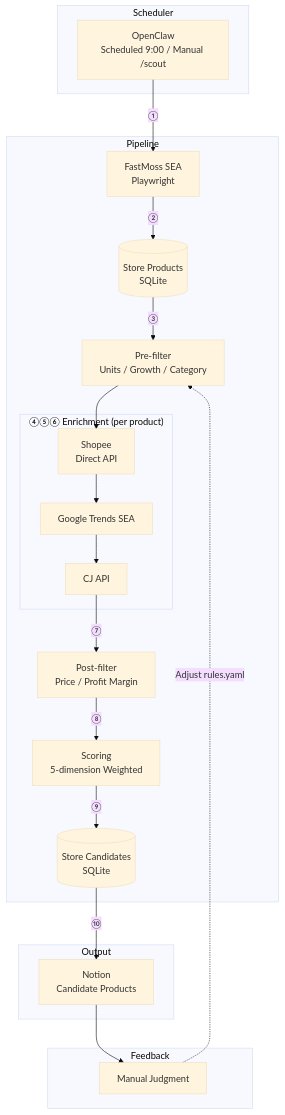
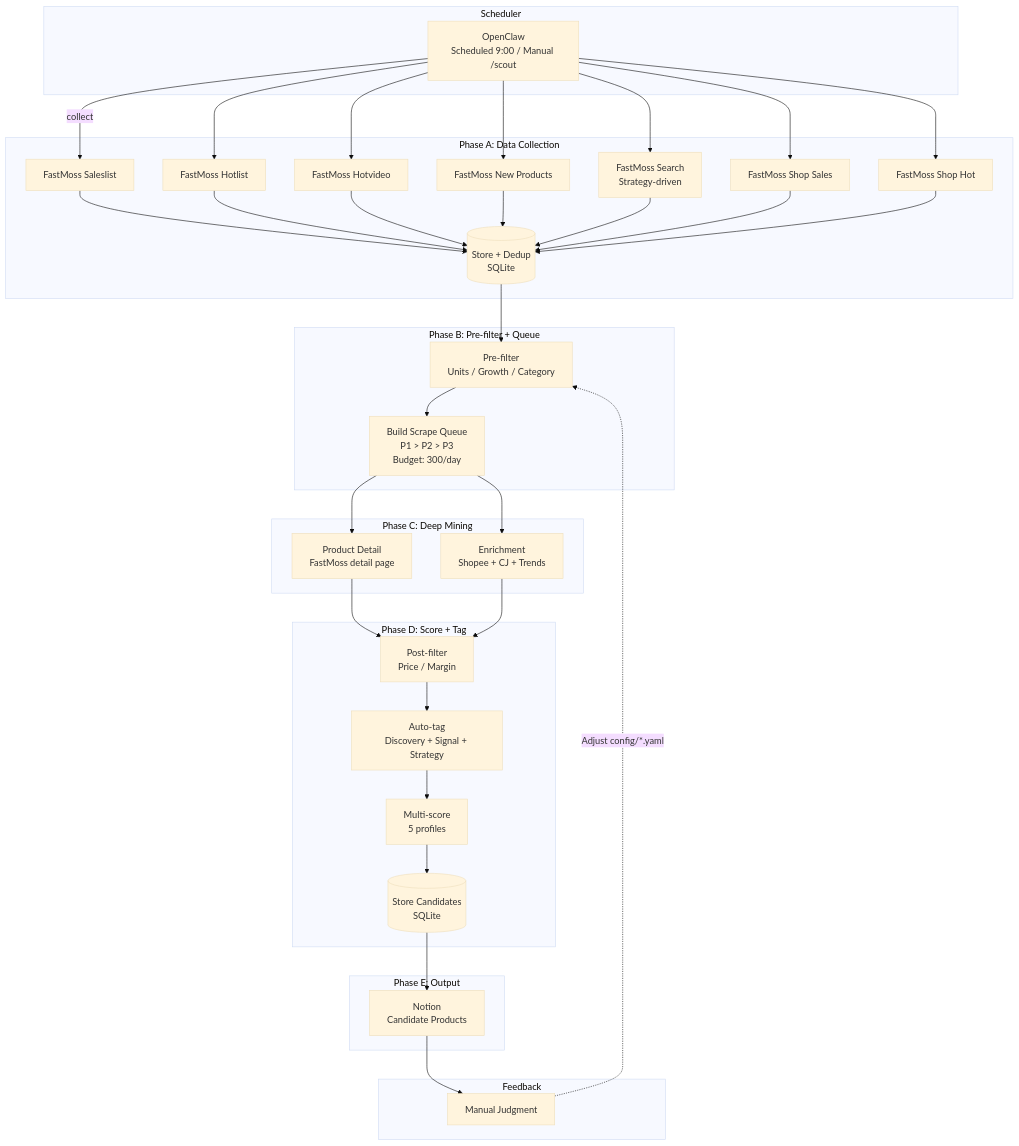
One commit to maoku-family/product-scout changed the diagram in docs/design.md. Above: the diagram before and after it, drawn with Mermaid (base theme). The commit also changed other lines of this file and 7 other files, not shown here.

First line of the commit message:
fix: resolve test failures and update docs for deep-mining branch

````diff
--- a/docs/design.md
+++ b/docs/design.md
@@ -13,33 +13,43 @@
 ```mermaid
 flowchart TB
     subgraph Scheduler
         A[OpenClaw<br/>Scheduled 9:00 / Manual /scout]
     end
 
-    subgraph Pipeline
-        A -->|"①"| B1[FastMoss SEA<br/>Playwright]
-        B1 -->|"②"| C1[(Store Products<br/>SQLite)]
-        C1 -->|"③"| D1[Pre-filter<br/>Units / Growth / Category]
-
-        subgraph Enrichment["④⑤⑥ Enrichment (per product)"]
-            E1[Shopee<br/>Direct API]
-            E2[Google Trends SEA]
-            E3[CJ API]
-            E1 --> E2 --> E3
-        end
-
-        D1 --> E1
-        E3 -->|"⑦"| D2[Post-filter<br/>Price / Profit Margin]
-        D2 -->|"⑧"| S[Scoring<br/>5-dimension Weighted]
-        S -->|"⑨"| C2[(Store Candidates<br/>SQLite)]
+    subgraph "Phase A: Data Collection"
+        A -->|collect| S1[FastMoss Saleslist]
+        A --> S2[FastMoss Hotlist]
+        A --> S3[FastMoss Hotvideo]
+        A --> S4[FastMoss New Products]
+        A --> S5[FastMoss Search<br/>Strategy-driven]
+        A --> S6[FastMoss Shop Sales]
+        A --> S7[FastMoss Shop Hot]
+        S1 & S2 & S3 & S4 & S5 & S6 & S7 --> DEDUP[(Store + Dedup<br/>SQLite)]
     end
 
-    subgraph Output
-        C2 -->|"⑩"| F1[Notion<br/>Candidate Products]
+    subgraph "Phase B: Pre-filter + Queue"
+        DEDUP --> PF[Pre-filter<br/>Units / Growth / Category]
+        PF --> Q[Build Scrape Queue<br/>P1 > P2 > P3<br/>Budget: 300/day]
+    end
+
+    subgraph "Phase C: Deep Mining"
+        Q --> DET[Product Detail<br/>FastMoss detail page]
+        Q --> ENR[Enrichment<br/>Shopee + CJ + Trends]
+    end
+
+    subgraph "Phase D: Score + Tag"
+        DET & ENR --> POF[Post-filter<br/>Price / Margin]
+        POF --> TAG[Auto-tag<br/>Discovery + Signal + Strategy]
+        TAG --> SCR[Multi-score<br/>5 profiles]
+        SCR --> C[(Store Candidates<br/>SQLite)]
+    end
+
+    subgraph "Phase E: Output"
+        C --> N[Notion<br/>Candidate Products]
     end
 
     subgraph Feedback
-        F1 --> G[Manual Judgment]
-        G -.->|Adjust rules.yaml| D1
+        N --> G[Manual Judgment]
+        G -.->|Adjust config/*.yaml| PF
     end
 ```
````
